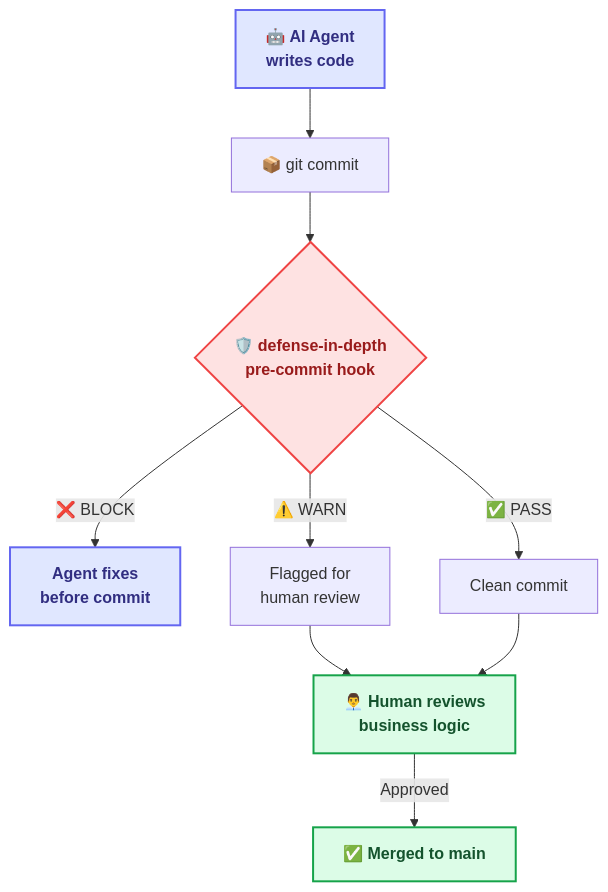
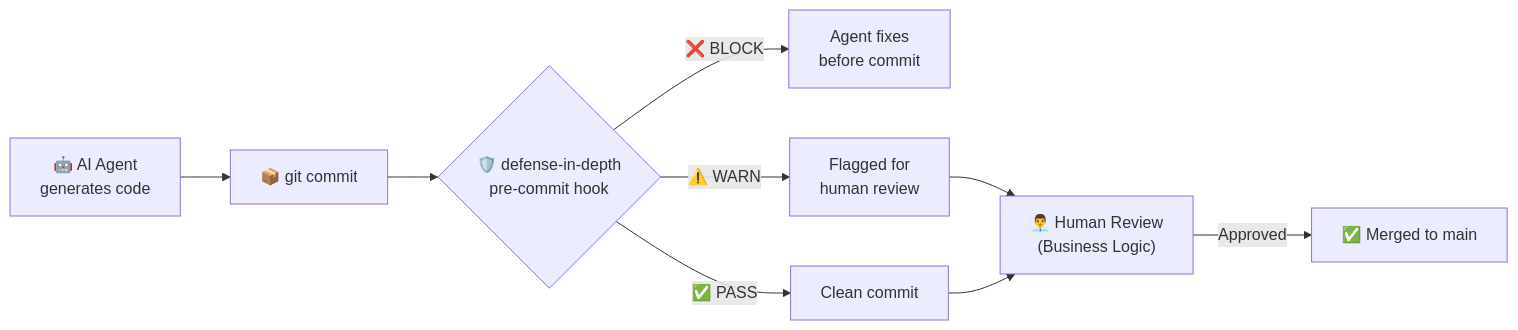
Before and after one commit to tamld/defense-in-depth: the diagram in README.md, drawn with Mermaid. The commit also changed other lines of this file and 1 other file, not shown here.

````diff
--- a/README.md
+++ b/README.md
@@ -129,15 +120,11 @@
 ```mermaid
-flowchart TD
-    classDef agent fill:#e0e7ff,stroke:#6366f1,stroke-width:2px,color:#312e81,font-weight:bold;
-    classDef guard fill:#fee2e2,stroke:#ef4444,stroke-width:2px,color:#991b1b,font-weight:bold;
-    classDef human fill:#dcfce7,stroke:#16a34a,stroke-width:2px,color:#14532d,font-weight:bold;
-
-    A["🤖 AI Agent<br/>writes code"]:::agent --> B["📦 git commit"]
-    B --> C{"🛡️ defense-in-depth<br/>pre-commit hook"}:::guard
-    C -->|"❌ BLOCK"| D["Agent fixes<br/>before commit"]:::agent
+flowchart LR
+    A["🤖 AI Agent<br/>generates code"] --> B["📦 git commit"]
+    B --> C{"🛡️ defense-in-depth<br/>pre-commit hook"}
+    C -->|"❌ BLOCK"| D["Agent fixes<br/>before commit"]
     C -->|"⚠️ WARN"| E["Flagged for<br/>human review"]
     C -->|"✅ PASS"| F["Clean commit"]
-    E --> G["👨‍💼 Human reviews<br/>business logic"]:::human
+    E --> G["👨‍💼 Human Review<br/>(Business Logic)"]
     F --> G
-    G -->|"Approved"| H["✅ Merged to main"]:::human
+    G -->|"Approved"| H["✅ Merged to main"]
 ```
````
